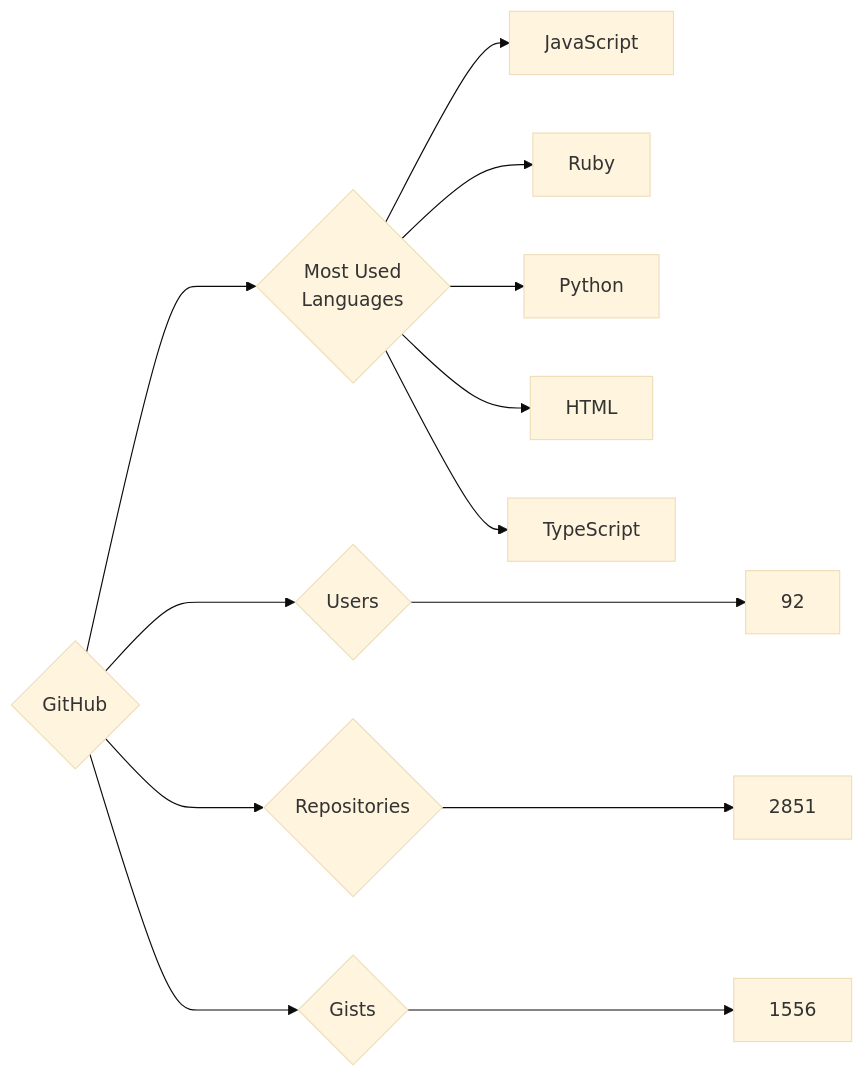
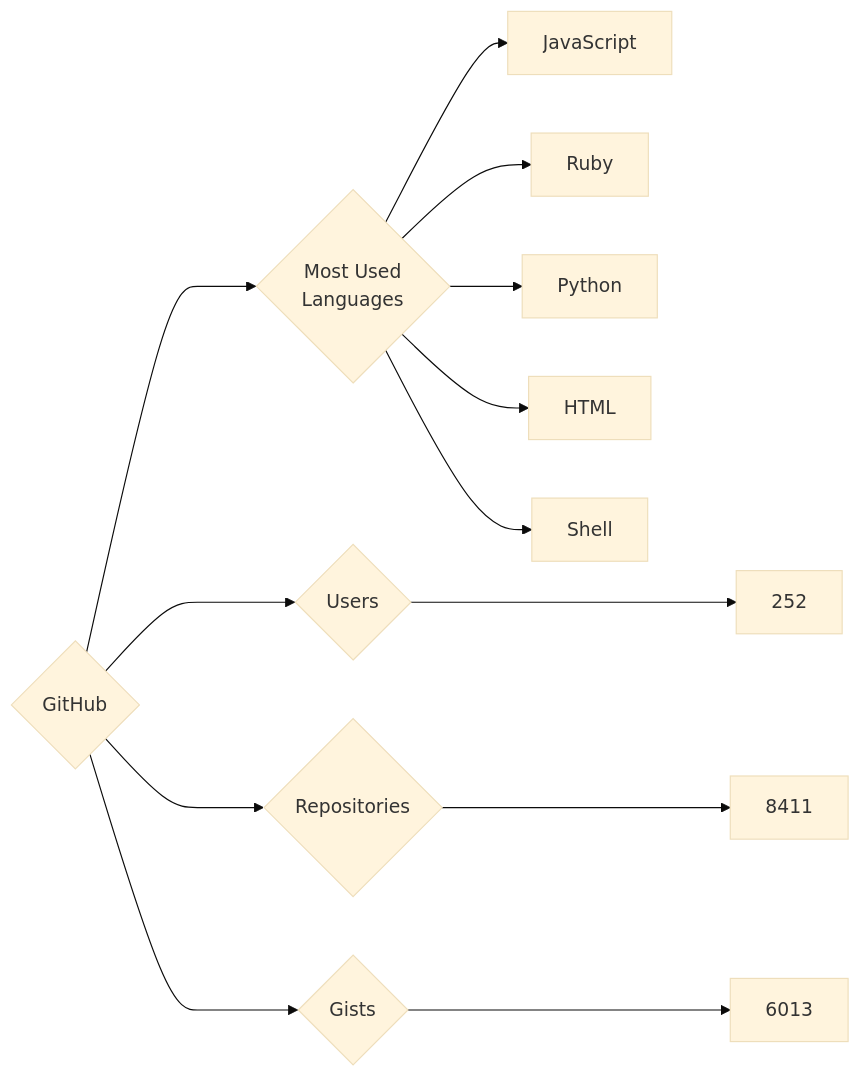
The diagram in targets/GitHub/README.md (trickest/insiders), drawn with Mermaid (base theme) before and after one commit. The commit also changed 916 other files, not shown here.

````diff
--- a/targets/GitHub/README.md
+++ b/targets/GitHub/README.md
@@ -3,13 +3,13 @@
 ```mermaid
 graph LR
 COMPANY_NAME{GitHub}
-COMPANY_NAME ---> U{Users} ---> UN[92]
-COMPANY_NAME ---> R{Repositories} ---> RN[2851]
-COMPANY_NAME ---> G{Gists} ---> GN[1556]
+COMPANY_NAME ---> U{Users} ---> UN[252]
+COMPANY_NAME ---> R{Repositories} ---> RN[8411]
+COMPANY_NAME ---> G{Gists} ---> GN[6013]
 COMPANY_NAME ---> ML{Most Used<br>Languages}
 ML --> JavaScript[JavaScript]
 ML --> Ruby[Ruby]
 ML --> Python[Python]
 ML --> HTML[HTML]
-ML --> TypeScript[TypeScript]
+ML --> Shell[Shell]
 ```
````
